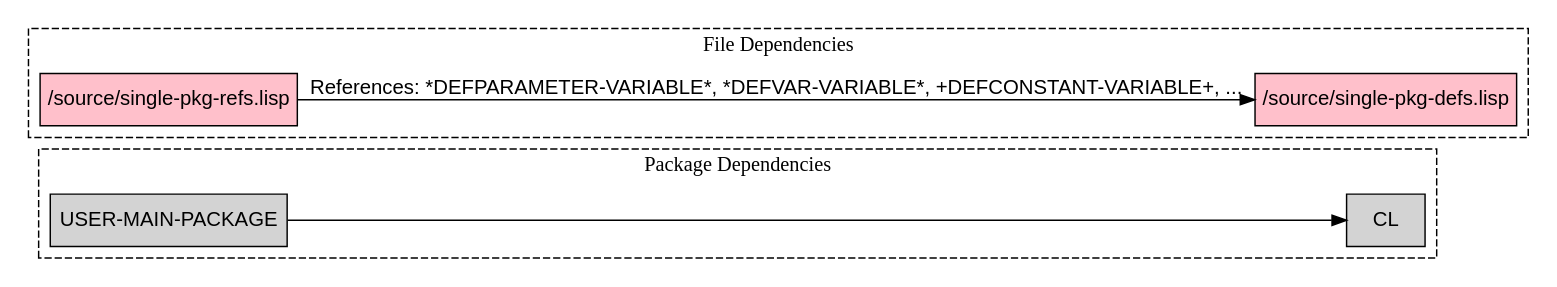
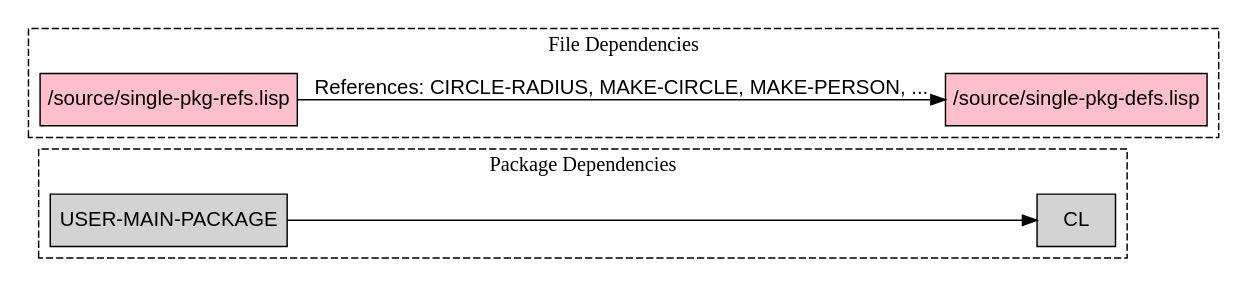
Before and after one commit to davypough/dependency-analyzer: the diagram in reports/TEST-PROJECT-report.dot, drawn with Graphviz. The commit also changed 5 other files, not shown here.

```diff
--- a/reports/TEST-PROJECT-report.dot
+++ b/reports/TEST-PROJECT-report.dot
@@ -1,29 +1,29 @@
 digraph Dependencies {
   rankdir=LR;
   compound=true;
   node [shape=box, fontname="Arial"];
   edge [fontname="Arial"];
   subgraph cluster_systems {
     label="System Dependencies";
     style=dashed;
     node [style=filled,fillcolor=lightpink];
   }
 
   subgraph cluster_packages {
     label="Package Dependencies";
     style=dashed;
     node [style=filled,fillcolor=lightgrey];
     "pkg_user_main_package" [label="USER-MAIN-PACKAGE"];
     "pkg_cl" [label="CL"];
     "pkg_user_main_package" -> "pkg_cl";
   }
 
   subgraph cluster_files {
     label="File Dependencies";
     style=dashed;
     node [style=filled,fillcolor=lightblue];
     "single_pkg_defs_lisp" [label="/source/single-pkg-defs.lisp",fillcolor=pink];
     "single_pkg_refs_lisp" [label="/source/single-pkg-refs.lisp",fillcolor=pink];
-    "single_pkg_refs_lisp" -> "single_pkg_defs_lisp" [label="References: *DEFPARAMETER-VARIABLE*, *DEFVAR-VARIABLE*, +DEFCONSTANT-VARIABLE+, ..."];
+    "single_pkg_refs_lisp" -> "single_pkg_defs_lisp" [label="References: CIRCLE-RADIUS, MAKE-CIRCLE, MAKE-PERSON, ..."];
   }
 }
```
